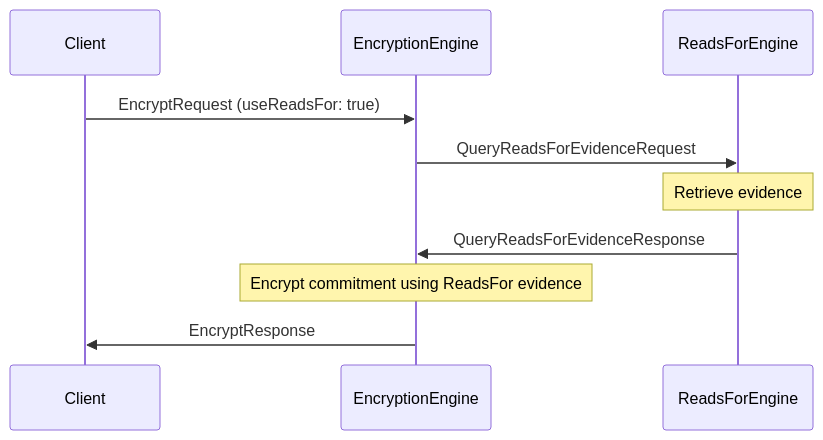
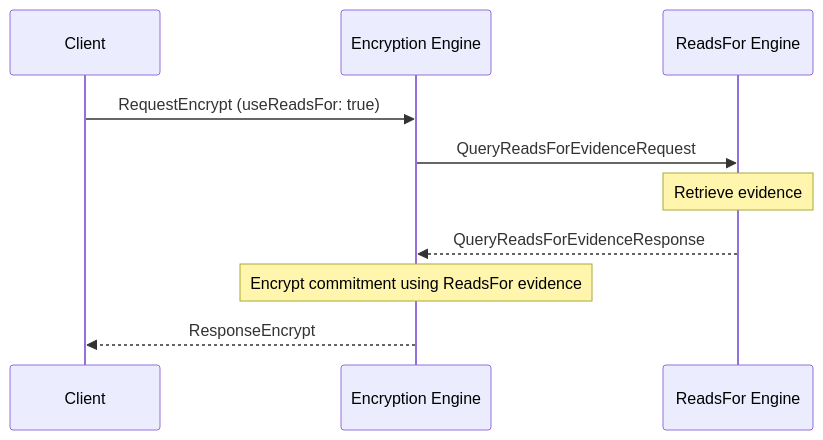
One commit to anoma/nspec changed the second of 2 diagrams in docs/arch/node/engines/encryption_messages.juvix.md. Above: the diagram before and after it, drawn with Mermaid. The commit also changed other lines of this file and 7 other files, not shown here.

````diff
--- a/docs/arch/node/engines/encryption_messages.juvix.md
+++ b/docs/arch/node/engines/encryption_messages.juvix.md
@@ -100,13 +103,13 @@
 ```mermaid
 sequenceDiagram
-    participant Client
-    participant EncryptionEngine
-    participant ReadsForEngine
+    participant C as Client
+    participant EE as Encryption Engine
+    participant RE as ReadsFor Engine
 
-    Client->>EncryptionEngine: EncryptRequest (useReadsFor: true)
-    EncryptionEngine->>ReadsForEngine: QueryReadsForEvidenceRequest
-    Note over ReadsForEngine: Retrieve evidence
-    ReadsForEngine->>EncryptionEngine: QueryReadsForEvidenceResponse
-    Note over EncryptionEngine: Encrypt commitment using ReadsFor evidence
-    EncryptionEngine->>Client: EncryptResponse
+    C->>EE: RequestEncrypt (useReadsFor: true)
+    EE->>RE: QueryReadsForEvidenceRequest
+    Note over RE: Retrieve evidence
+    RE-->>EE: QueryReadsForEvidenceResponse
+    Note over EE: Encrypt commitment using ReadsFor evidence
+    EE-->>C: ResponseEncrypt
 ```
````
